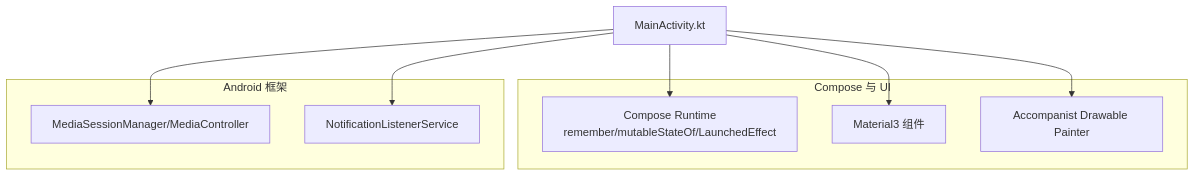
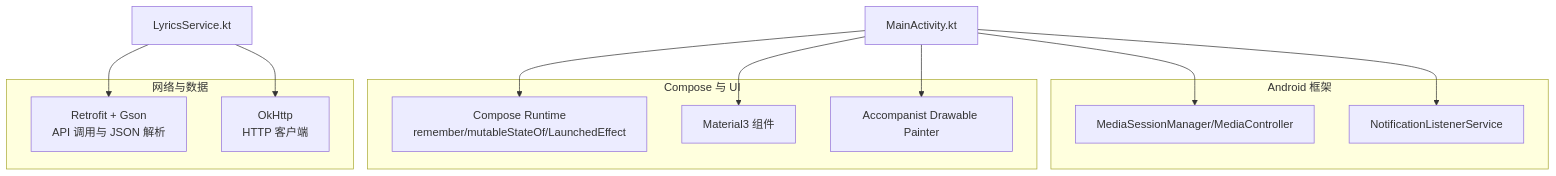
Before and after one commit to lantongxue/MyCarLauncher: the fourth of 4 diagrams in .qoder/repowiki/zh/content/核心功能/音乐控制/音乐状态管理.md, drawn with Mermaid. The commit also changed other lines of this file and 3 other files, not shown here.

````diff
--- a/.qoder/repowiki/zh/content/核心功能/音乐控制/音乐状态管理.md
+++ b/.qoder/repowiki/zh/content/核心功能/音乐控制/音乐状态管理.md
@@ -181,17 +232,23 @@
 ```mermaid
 graph TB
 subgraph "Compose 与 UI"
 Compose["Compose Runtime<br/>remember/mutableStateOf/LaunchedEffect"]
 Material3["Material3 组件"]
 Accomp["Accompanist Drawable Painter"]
+end
+subgraph "网络与数据"
+Retrofit["Retrofit + Gson<br/>API 调用与 JSON 解析"]
+OkHttp["OkHttp<br/>HTTP 客户端"]
 end
 subgraph "Android 框架"
 MediaSession["MediaSessionManager/MediaController"]
 NLSvc["NotificationListenerService"]
 end
 MainActivity["MainActivity.kt"] --> Compose
 MainActivity --> Material3
 MainActivity --> Accomp
 MainActivity --> MediaSession
 MainActivity --> NLSvc
+LyricsService["LyricsService.kt"] --> Retrofit
+LyricsService --> OkHttp
 ```
````
